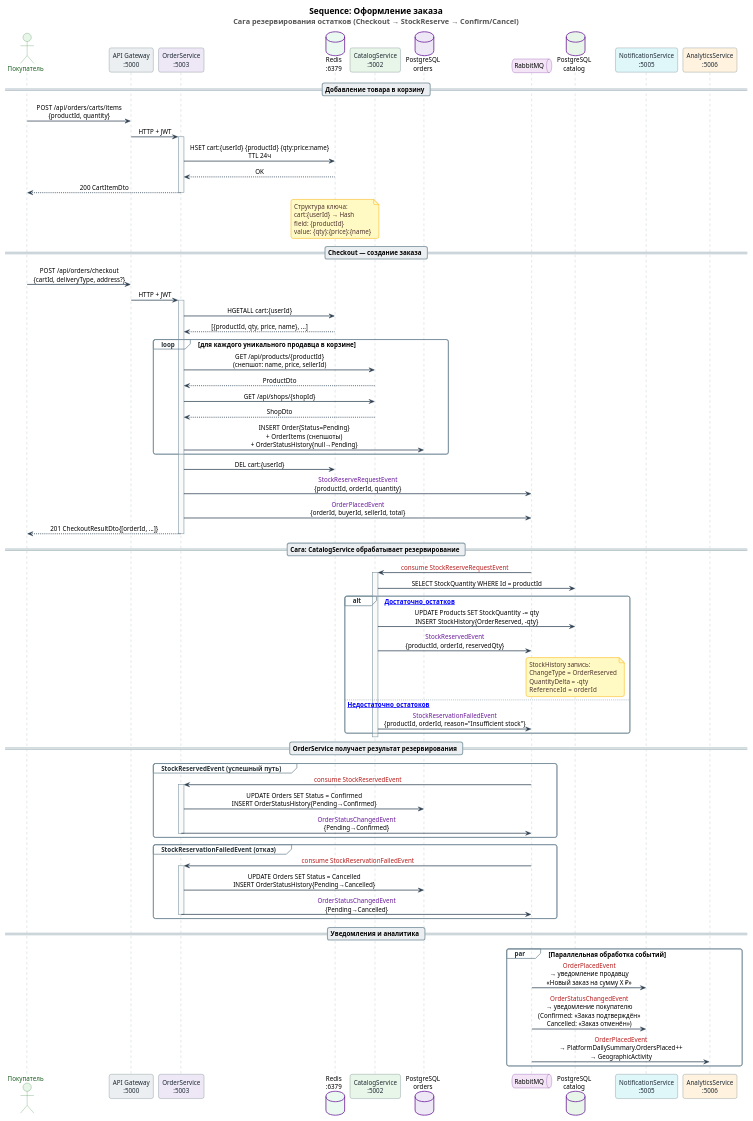
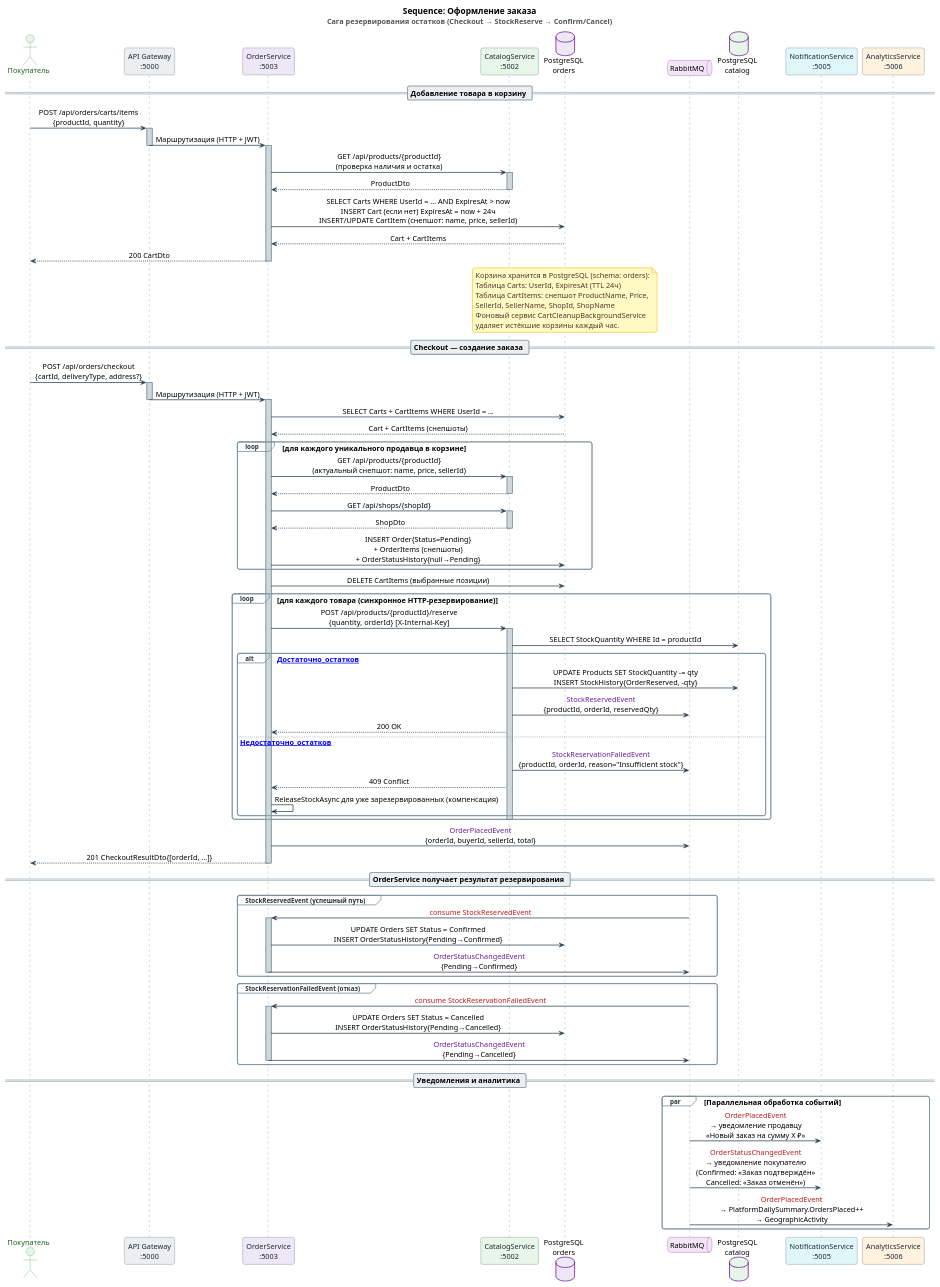
Before and after one commit to LocMp-olegg/LocalMarketplace: the diagram in docs/diagrams/seq-checkout-saga.puml, drawn with PlantUML. The commit also changed 11 other files, not shown here.

```diff
--- a/docs/diagrams/seq-checkout-saga.puml
+++ b/docs/diagrams/seq-checkout-saga.puml
@@ -1,163 +1,169 @@
 @startuml seq-checkout-saga
 title <size:16><b>Sequence: Оформление заказа</b></size>\n<color:#555>Сага резервирования остатков (Checkout → StockReserve → Confirm/Cancel)</color>
 
 skinparam defaultFontName "Segoe UI", Arial, sans-serif
-skinparam defaultFontSize 12
+skinparam defaultFontSize 14
 skinparam roundcorner 8
 skinparam shadowing false
 skinparam sequenceMessageAlign center
 skinparam responseMessageBelowArrow true
 
 skinparam participant {
     BackgroundColor White
     BorderColor #455A64
     FontColor #1C2833
 }
 skinparam actor {
     BackgroundColor #E8F5E9
     BorderColor #2E7D32
     FontColor #1B5E20
 }
 skinparam queue {
     BackgroundColor #F3E5F5
     BorderColor #6A1B9A
 }
 skinparam database {
     BackgroundColor #EDE7F6
     BorderColor #6A1B9A
 }
 skinparam note {
     BackgroundColor #FFF9C4
     BorderColor #FBC02D
     FontColor #4E342E
     BorderThickness 1.2
     roundcorner 6
 }
 skinparam sequence {
     ArrowColor #2C3E50
     ArrowThickness 1.4
-    LifeLineBorderColor #90A4AE
-    LifeLineBackgroundColor #FAFAFA
+    LifeLineBorderColor #607D8B
+    LifeLineBackgroundColor #CFD8DC
     BoxBorderColor #B0BEC5
     BoxBackgroundColor transparent
     DividerBackgroundColor #ECEFF1
     DividerBorderColor #90A4AE
     GroupBorderColor #78909C
     GroupBackgroundColor transparent
     GroupHeaderFontColor #263238
     GroupHeaderFontSize 12
 }
 
 actor       "Покупатель"         as Buyer
 participant "API Gateway\n:5000" as GW       #ECEFF1
 participant "OrderService\n:5003" as OS      #EDE7F6
-database    "Redis\n:6379"        as Redis   #EAFAF1
 participant "CatalogService\n:5002" as CS    #E8F5E9
 database    "PostgreSQL\norders"  as PGOS    #EDE7F6
 queue       "RabbitMQ"            as MQ      #F3E5F5
 database    "PostgreSQL\ncatalog" as PGCS    #E8F5E9
 participant "NotificationService\n:5005" as NS #E0F7FA
 participant "AnalyticsService\n:5006" as AS  #FFF3E0
 
 ' ══════════════════════════════════════════════════════════════
 == Добавление товара в корзину ==
 ' ══════════════════════════════════════════════════════════════
 
 Buyer -> GW     : POST /api/orders/carts/items\n{productId, quantity}
-GW    -> OS     : HTTP + JWT
+activate GW
+GW    -> OS     : Маршрутизация (HTTP + JWT)
+deactivate GW
 activate OS
-OS    -> Redis  : HSET cart:{userId} {productId} {qty:price:name}\nTTL 24ч
-Redis --> OS    : OK
-OS   --> Buyer  : 200 CartItemDto
+OS    -> CS     : GET /api/products/{productId}\n(проверка наличия и остатка)
+activate CS
+CS   --> OS     : ProductDto
+deactivate CS
+OS    -> PGOS   : SELECT Carts WHERE UserId = ... AND ExpiresAt > now\nINSERT Cart (если нет) ExpiresAt = now + 24ч\nINSERT/UPDATE CartItem (снепшот: name, price, sellerId)
+PGOS --> OS     : Cart + CartItems
+OS   --> Buyer  : 200 CartDto
 deactivate OS
 
-note over Redis
-  Структура ключа:
-  cart:{userId} → Hash
-  field: {productId}
-  value: {qty}:{price}:{name}
+note over PGOS
+  Корзина хранится в PostgreSQL (schema: orders):
+  Таблица Carts: UserId, ExpiresAt (TTL 24ч)
+  Таблица CartItems: снепшот ProductName, Price,
+  SellerId, SellerName, ShopId, ShopName
+  Фоновый сервис CartCleanupBackgroundService
+  удаляет истёкшие корзины каждый час.
 end note
 
 ' ══════════════════════════════════════════════════════════════
 == Checkout — создание заказа ==
 ' ══════════════════════════════════════════════════════════════
 
 Buyer -> GW   : POST /api/orders/checkout\n{cartId, deliveryType, address?}
-GW    -> OS   : HTTP + JWT
+activate GW
+GW    -> OS   : Маршрутизация (HTTP + JWT)
+deactivate GW
 activate OS
 
-OS -> Redis   : HGETALL cart:{userId}
-Redis --> OS  : [{productId, qty, price, name}, ...]
+OS -> PGOS    : SELECT Carts + CartItems WHERE UserId = ...
+PGOS --> OS   : Cart + CartItems (снепшоты)
 
 loop для каждого уникального продавца в корзине
 
-    OS -> CS  : GET /api/products/{productId}\n(снепшот: name, price, sellerId)
+    OS -> CS  : GET /api/products/{productId}\n(актуальный снепшот: name, price, sellerId)
+    activate CS
     CS --> OS : ProductDto
+    deactivate CS
 
     OS -> CS  : GET /api/shops/{shopId}
+    activate CS
     CS --> OS : ShopDto
+    deactivate CS
 
     OS -> PGOS : INSERT Order{Status=Pending}\n+ OrderItems (снепшоты)\n+ OrderStatusHistory{null→Pending}
 end
 
-OS -> Redis   : DEL cart:{userId}
-OS -> MQ      : <color:#6A1B9A>StockReserveRequestEvent</color>\n{productId, orderId, quantity}
+OS -> PGOS    : DELETE CartItems (выбранные позиции)
+
+loop для каждого товара (синхронное HTTP-резервирование)
+    OS -> CS  : POST /api/products/{productId}/reserve\n{quantity, orderId}  [X-Internal-Key]
+    activate CS
+    CS -> PGCS : SELECT StockQuantity WHERE Id = productId
+
+    alt [Достаточно_остатков]
+        CS -> PGCS : UPDATE Products SET StockQuantity -= qty\nINSERT StockHistory{OrderReserved, -qty}
+        CS -> MQ   : <color:#6A1B9A>StockReservedEvent</color>\n{productId, orderId, reservedQty}
+        CS --> OS  : 200 OK
+    else [Недостаточно_остатков]
+        CS -> MQ   : <color:#6A1B9A>StockReservationFailedEvent</color>\n{productId, orderId, reason="Insufficient stock"}
+        CS --> OS  : 409 Conflict
+        OS -> OS   : ReleaseStockAsync для уже зарезервированных (компенсация)
+    end
+    deactivate CS
+end
+
 OS -> MQ      : <color:#6A1B9A>OrderPlacedEvent</color>\n{orderId, buyerId, sellerId, total}
 OS --> Buyer  : 201 CheckoutResultDto{[orderId, ...]}
 deactivate OS
-
-' ══════════════════════════════════════════════════════════════
-== Сага: CatalogService обрабатывает резервирование ==
-' ══════════════════════════════════════════════════════════════
-
-MQ -> CS     : <color:#B71C1C>consume StockReserveRequestEvent</color>
-activate CS
-CS -> PGCS   : SELECT StockQuantity WHERE Id = productId
-
-alt [Достаточно_остатков]
-    CS -> PGCS : UPDATE Products SET StockQuantity -= qty\nINSERT StockHistory{OrderReserved, -qty}
-    CS -> MQ   : <color:#6A1B9A>StockReservedEvent</color>\n{productId, orderId, reservedQty}
-
-    note over PGCS
-      StockHistory запись:
-      ChangeType = OrderReserved
-      QuantityDelta = -qty
-      ReferenceId   = orderId
-    end note
-
-else [Недостаточно_остатоков]
-    CS -> MQ   : <color:#6A1B9A>StockReservationFailedEvent</color>\n{productId, orderId, reason="Insufficient stock"}
-end
-deactivate CS
 
 ' ══════════════════════════════════════════════════════════════
 == OrderService получает результат резервирования ==
 ' ══════════════════════════════════════════════════════════════
 
 group StockReservedEvent (успешный путь)
     MQ -> OS     : <color:#B71C1C>consume StockReservedEvent</color>
     activate OS
     OS -> PGOS   : UPDATE Orders SET Status = Confirmed\nINSERT OrderStatusHistory{Pending→Confirmed}
     OS -> MQ     : <color:#6A1B9A>OrderStatusChangedEvent</color>\n{Pending→Confirmed}
     deactivate OS
 end
 
 group StockReservationFailedEvent (отказ)
     MQ -> OS     : <color:#B71C1C>consume StockReservationFailedEvent</color>
     activate OS
     OS -> PGOS   : UPDATE Orders SET Status = Cancelled\nINSERT OrderStatusHistory{Pending→Cancelled}
     OS -> MQ     : <color:#6A1B9A>OrderStatusChangedEvent</color>\n{Pending→Cancelled}
     deactivate OS
 end
 
 ' ══════════════════════════════════════════════════════════════
 == Уведомления и аналитика ==
 ' ══════════════════════════════════════════════════════════════
 
 par Параллельная обработка событий
     MQ -> NS : <color:#B71C1C>OrderPlacedEvent</color>\n→ уведомление продавцу\n«Новый заказ на сумму X ₽»
     MQ -> NS : <color:#B71C1C>OrderStatusChangedEvent</color>\n→ уведомление покупателю\n(Confirmed: «Заказ подтверждён»\nCancelled: «Заказ отменён»)
     MQ -> AS : <color:#B71C1C>OrderPlacedEvent</color>\n→ PlatformDailySummary.OrdersPlaced++\n→ GeographicActivity
 end
 
 @enduml
```
